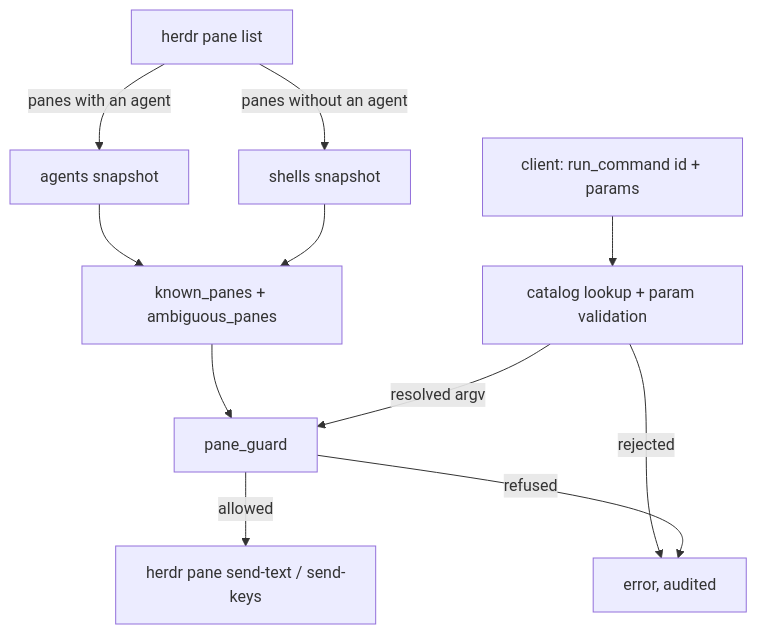
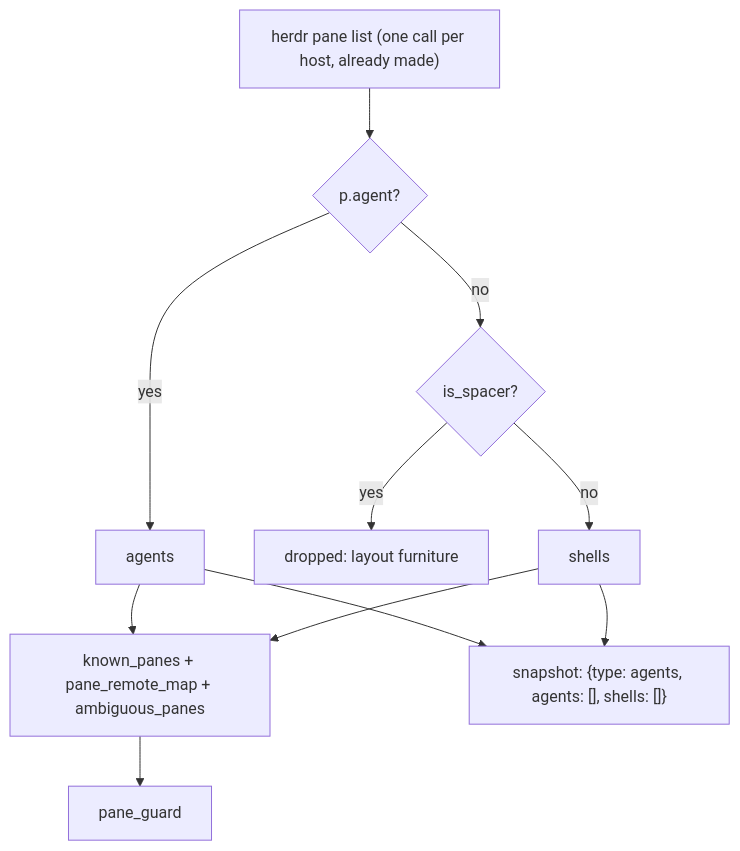
The diagram in .workflow/02_architecture/2026-08-09_terminal_mode.md (krazykoder/herdr-remote), drawn with Mermaid before and after one commit. The commit also changed other lines of this file and 3 other files, not shown here.

````diff
--- a/.workflow/02_architecture/2026-08-09_terminal_mode.md
+++ b/.workflow/02_architecture/2026-08-09_terminal_mode.md
@@ -65,13 +73,13 @@
 ```mermaid
 flowchart TD
-  A[herdr pane list] -->|panes with an agent| B[agents snapshot]
-  A -->|panes without an agent| C[shells snapshot]
-  B --> D[known_panes + ambiguous_panes]
-  C --> D
-  D --> E[pane_guard]
-  F[client: run_command id + params] --> G[catalog lookup + param validation]
-  G -->|rejected| H[error, audited]
-  G -->|resolved argv| E
-  E -->|allowed| I[herdr pane send-text / send-keys]
-  E -->|refused| H
+  A["herdr pane list (one call per host, already made)"] --> B{p.agent?}
+  B -->|yes| C[agents]
+  B -->|no| D{is_spacer?}
+  D -->|yes| E[dropped: layout furniture]
+  D -->|no| F[shells]
+  C --> G[known_panes + pane_remote_map + ambiguous_panes]
+  F --> G
+  G --> H[pane_guard]
+  C --> I["snapshot: {type: agents, agents: [], shells: []}"]
+  F --> I
 ```
````
